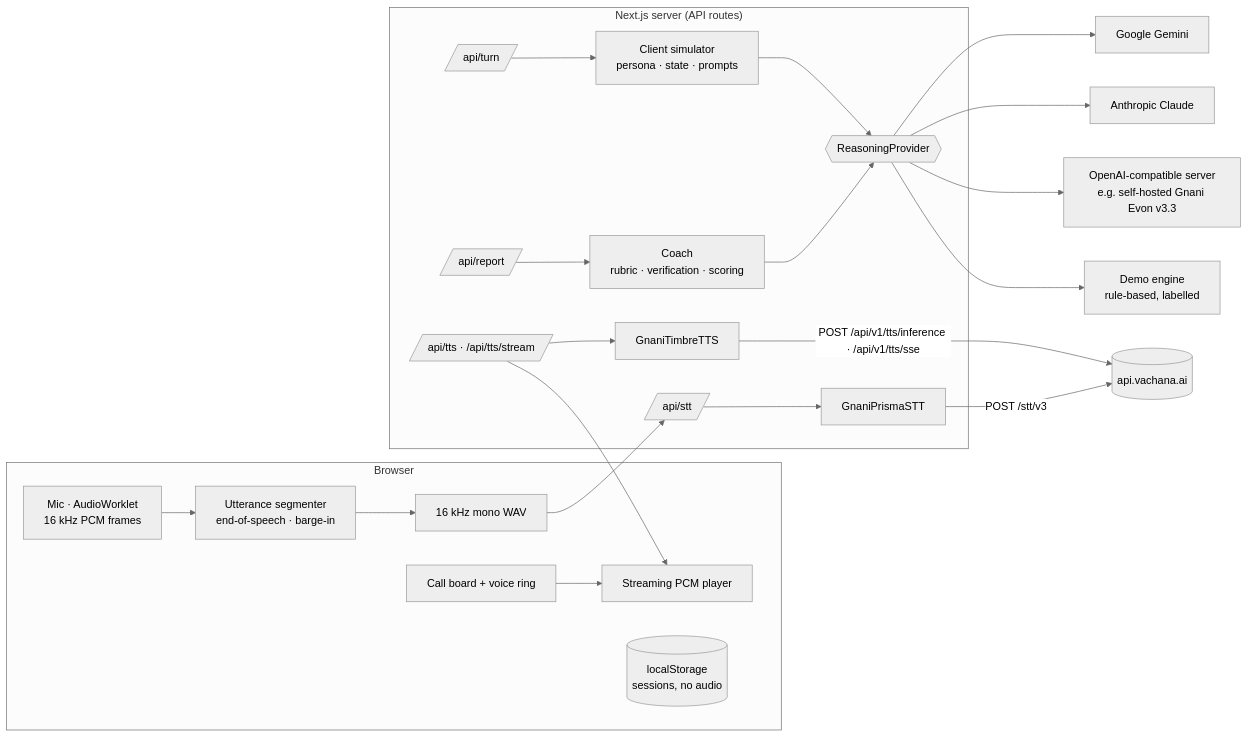
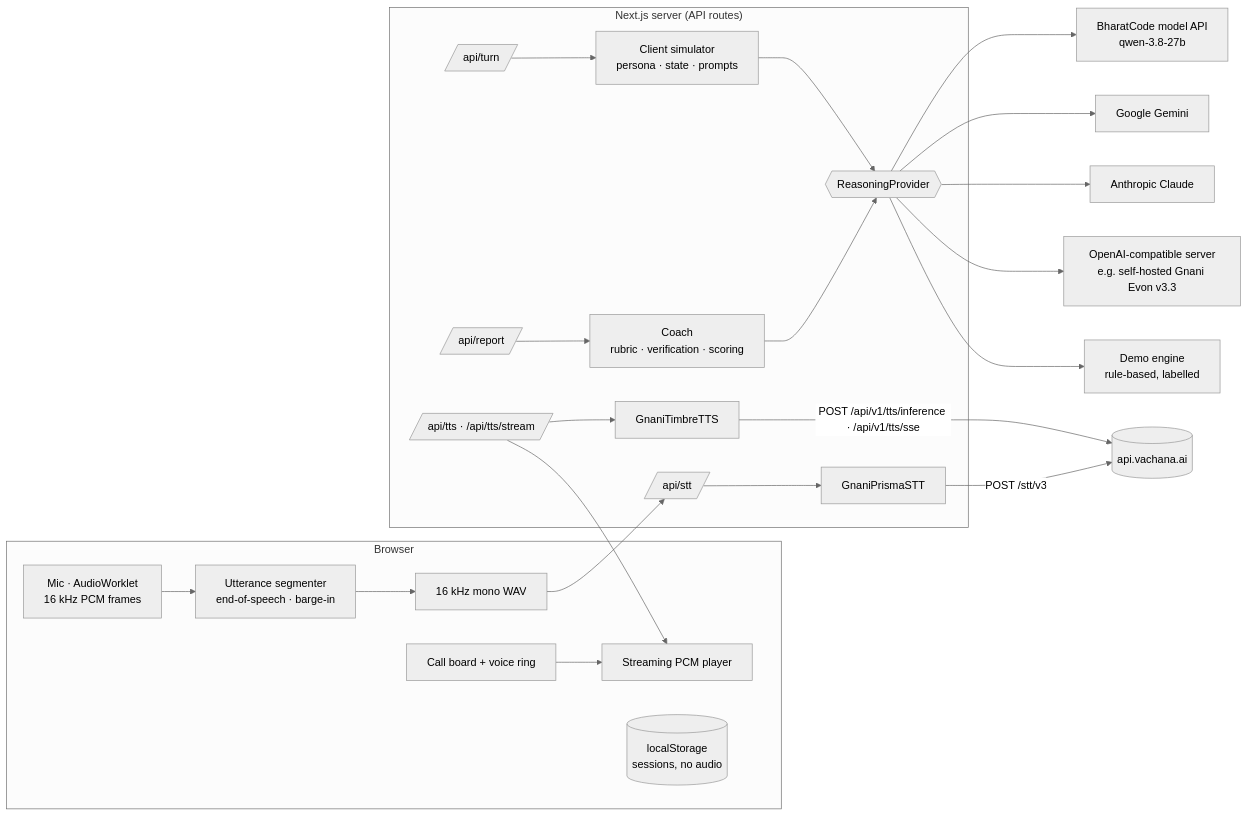
Before and after one commit to Darshit42/ClientReady: the diagram in README.md, drawn with Mermaid (neutral theme). The commit also changed other lines of this file and 11 other files, not shown here.

First line of the commit message:
Use BharatCode's model API for reasoning; add BharatCode.txt

````diff
--- a/README.md
+++ b/README.md
@@ -29,25 +29,26 @@
 ```mermaid
 flowchart LR
   subgraph Browser
     MIC[Mic · AudioWorklet<br/>16 kHz PCM frames] --> VAD[Utterance segmenter<br/>end-of-speech · barge-in]
     VAD --> CONV[16 kHz mono WAV]
     UI[Call board + voice ring] --> AUDIO[Streaming PCM player]
     LS[(localStorage<br/>sessions, no audio)]
   end
   subgraph "Next.js server (API routes)"
     STT[/api/stt/] --> PRISMA[GnaniPrismaSTT]
     TURN[/api/turn/] --> ENGINE[Client simulator<br/>persona · state · prompts]
     REPORT[/api/report/] --> COACH[Coach<br/>rubric · verification · scoring]
     TTS[/api/tts · /api/tts/stream/] --> TIMBRE[GnaniTimbreTTS]
     ENGINE --> R{{ReasoningProvider}}
     COACH --> R
   end
   CONV --> STT
   PRISMA -->|POST /stt/v3| G1[(api.vachana.ai)]
   TIMBRE -->|POST /api/v1/tts/inference · /api/v1/tts/sse| G1
+  R --> BC[BharatCode model API<br/>qwen-3.8-27b]
   R --> GM[Google Gemini]
   R --> A[Anthropic Claude]
   R --> O[OpenAI-compatible server<br/>e.g. self-hosted Gnani Evon v3.3]
   R --> D[Demo engine<br/>rule-based, labelled]
   TTS --> AUDIO
 ```
````
